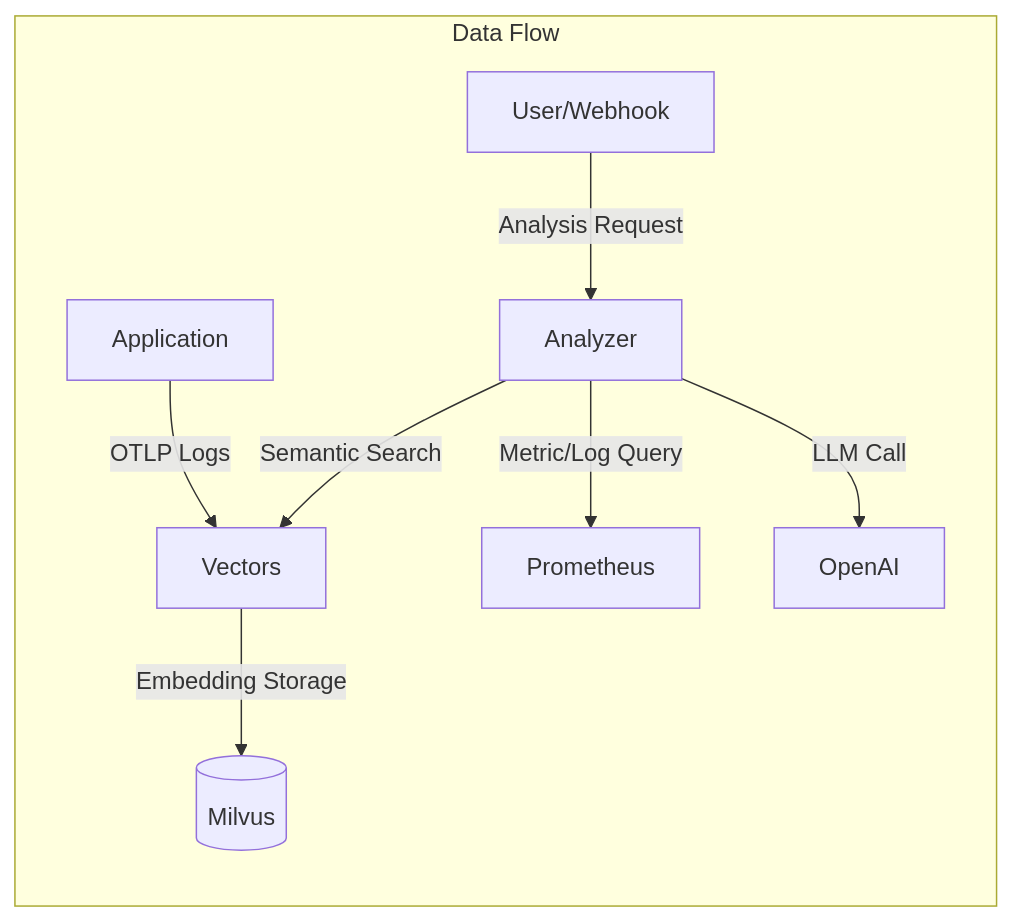
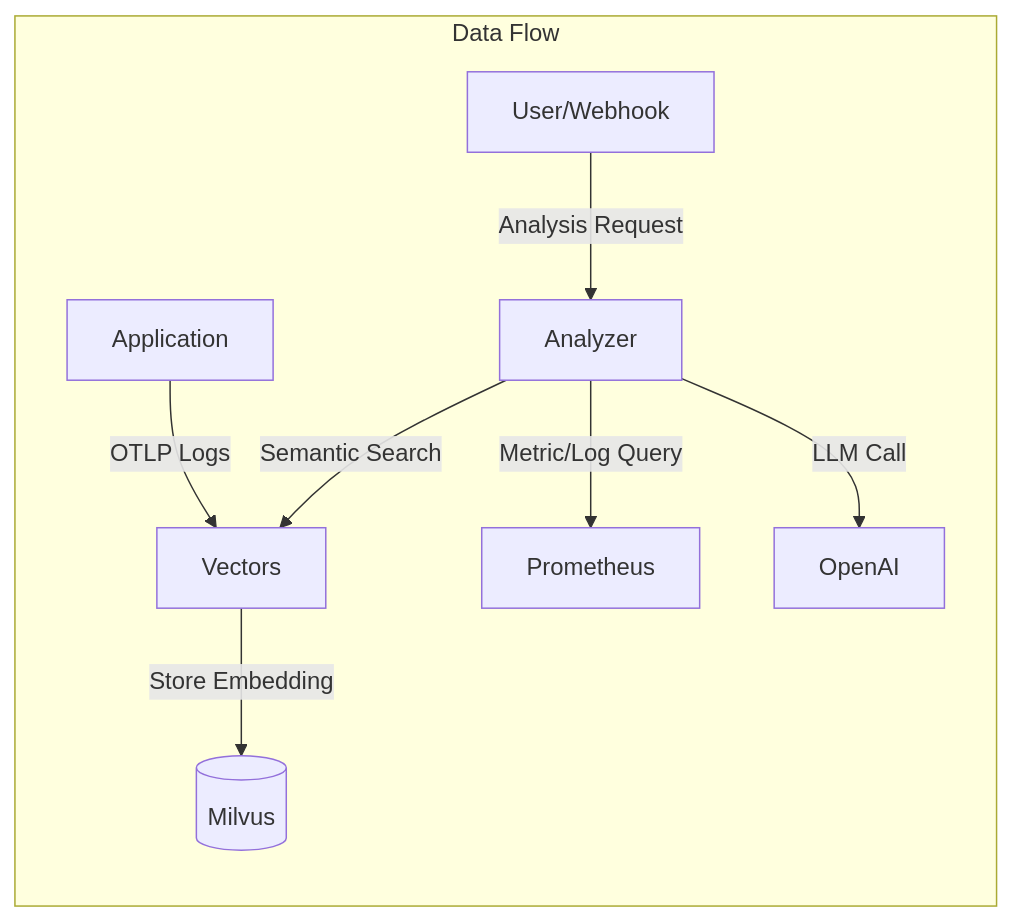
One commit to mandacode-labs/mandacode-devs changed the first of 2 diagrams in src/content/blog/en/meerkat-deep-dive.md. Above: the diagram before and after it, drawn with Mermaid. The commit also changed other lines of this file and 40 other files, not shown here.

````diff
--- a/src/content/blog/en/meerkat-deep-dive.md
+++ b/src/content/blog/en/meerkat-deep-dive.md
@@ -30,11 +31,11 @@
 ```mermaid
 graph LR
     subgraph "Data Flow"
         App[Application] -- OTLP Logs --> Vectors
-        Vectors -- Embedding Storage --> Milvus[(Milvus)]
+        Vectors -- Store Embedding --> Milvus[(Milvus)]
         Client[User/Webhook] -- Analysis Request --> Analyzer
         Analyzer -- Semantic Search --> Vectors
         Analyzer -- Metric/Log Query --> Prometheus
         Analyzer -- LLM Call --> OpenAI
     end
 ```
````
